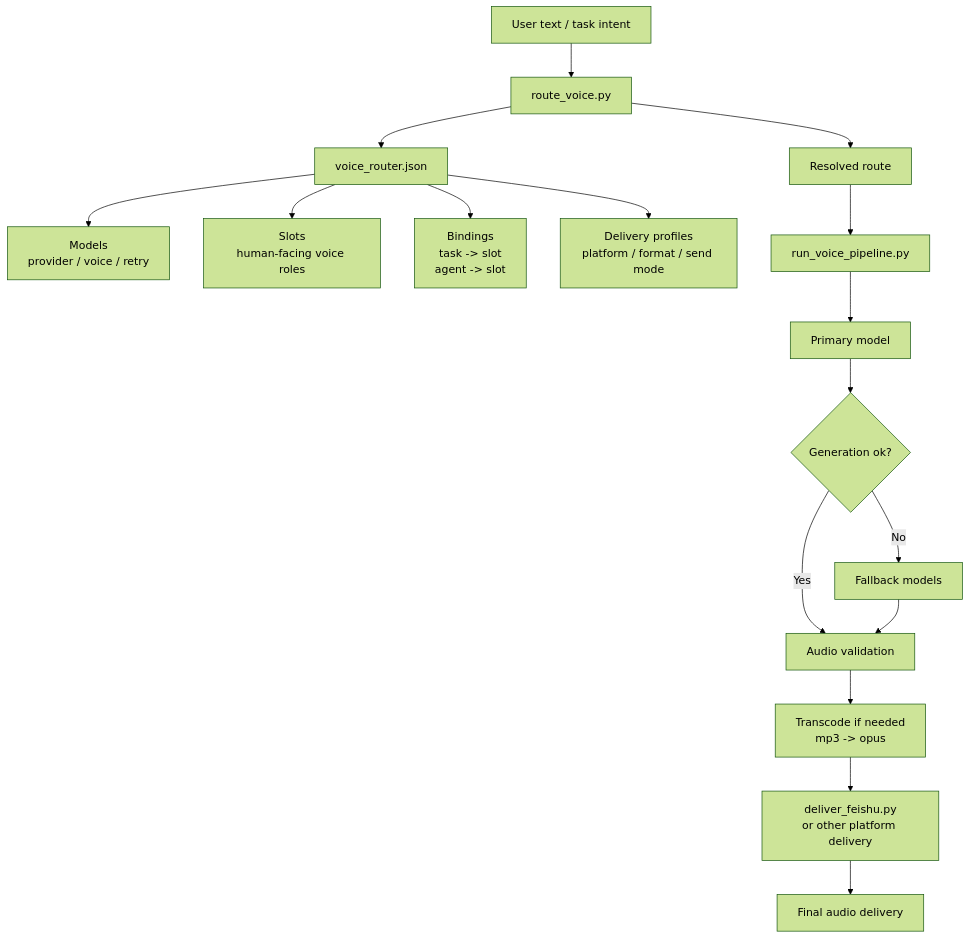
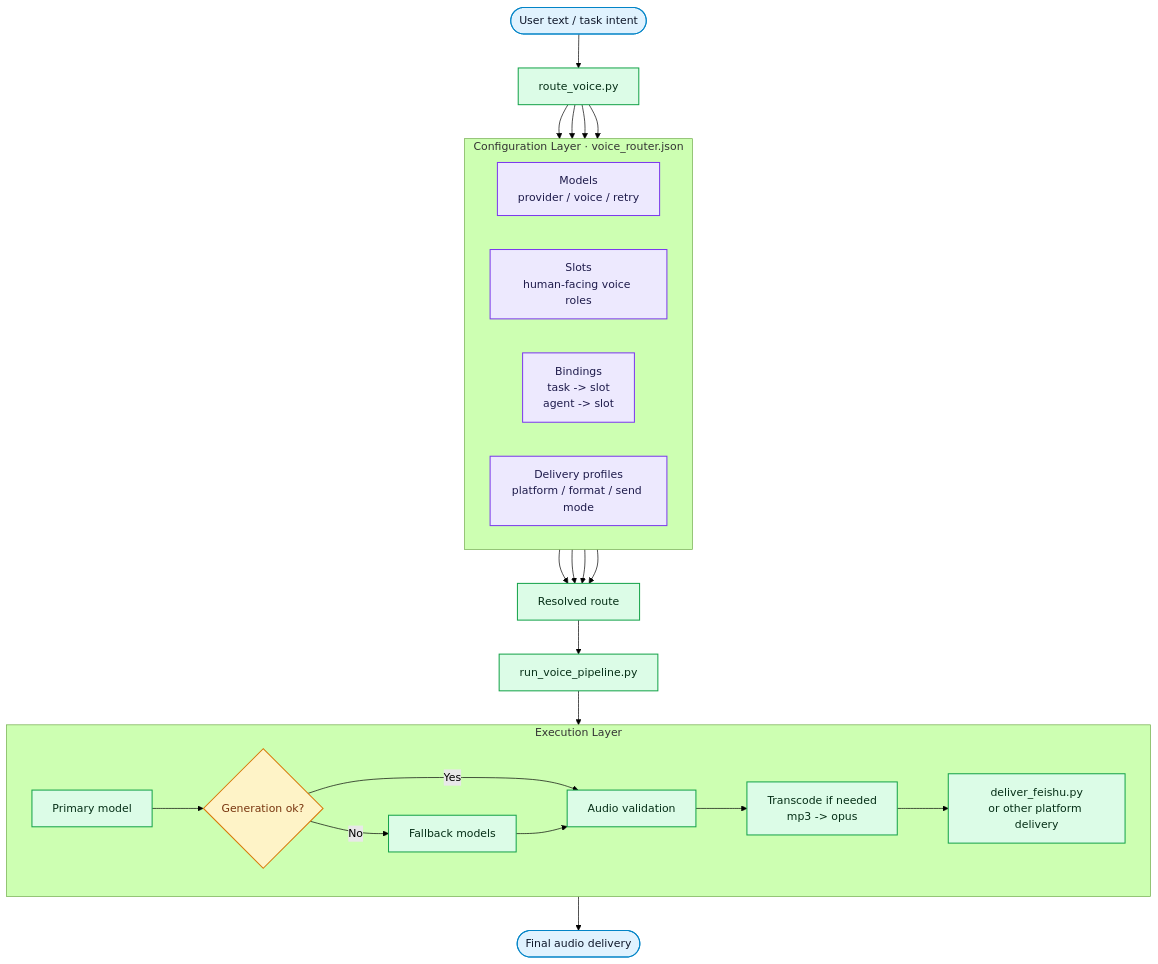
The diagram in README.md (mujiu612/voice-router), drawn with Mermaid (forest theme) before and after one commit.

Commit message:
Refine Mermaid architecture diagram

````diff
--- a/README.md
+++ b/README.md
@@ -141,23 +141,49 @@
 ```mermaid
 flowchart TD
-    A[User text / task intent] --> B[route_voice.py]
-    B --> C[voice_router.json]
+    A([User text / task intent]) --> B[route_voice.py]
 
-    C --> C1[Models\nprovider / voice / retry]
-    C --> C2[Slots\nhuman-facing voice roles]
-    C --> C3[Bindings\ntask -> slot\nagent -> slot]
-    C --> C4[Delivery profiles\nplatform / format / send mode]
+    subgraph CONFIG[Configuration Layer · voice_router.json]
+        direction LR
+        C1[Models\nprovider / voice / retry]
+        C2[Slots\nhuman-facing voice roles]
+        C3[Bindings\ntask -> slot\nagent -> slot]
+        C4[Delivery profiles\nplatform / format / send mode]
+    end
 
-    B --> D[Resolved route]
+    B --> C1
+    B --> C2
+    B --> C3
+    B --> C4
+    C1 --> D[Resolved route]
+    C2 --> D
+    C3 --> D
+    C4 --> D
+
     D --> E[run_voice_pipeline.py]
 
-    E --> F1[Primary model]
-    F1 --> G{Generation ok?}
-    G -- Yes --> H[Audio validation]
-    G -- No --> F2[Fallback models]
-    F2 --> H
+    subgraph EXEC[Execution Layer]
+        direction LR
+        F1[Primary model]
+        G{Generation ok?}
+        F2[Fallback models]
+        H[Audio validation]
+        I[Transcode if needed\nmp3 -> opus]
+        J[deliver_feishu.py\nor other platform delivery]
+    end
 
-    H --> I[Transcode if needed\nmp3 -> opus]
-    I --> J[deliver_feishu.py\nor other platform delivery]
-    J --> K[Final audio delivery]
+    E --> F1 --> G
+    G -- Yes --> H
+    G -- No --> F2 --> H
+    H --> I --> J --> K([Final audio delivery])
+
+    classDef entry fill:#e0f2fe,stroke:#0284c7,color:#0f172a,stroke-width:1.5px;
+    classDef config fill:#ede9fe,stroke:#7c3aed,color:#1e1b4b,stroke-width:1.5px;
+    classDef script fill:#dcfce7,stroke:#16a34a,color:#052e16,stroke-width:1.5px;
+    classDef decision fill:#fef3c7,stroke:#d97706,color:#78350f,stroke-width:1.5px;
+    classDef output fill:#fce7f3,stroke:#db2777,color:#500724,stroke-width:1.5px;
+
+    class A,K entry;
+    class C1,C2,C3,C4 config;
+    class B,D,E,F1,F2,H,I,J script;
+    class G decision;
 ```
````
